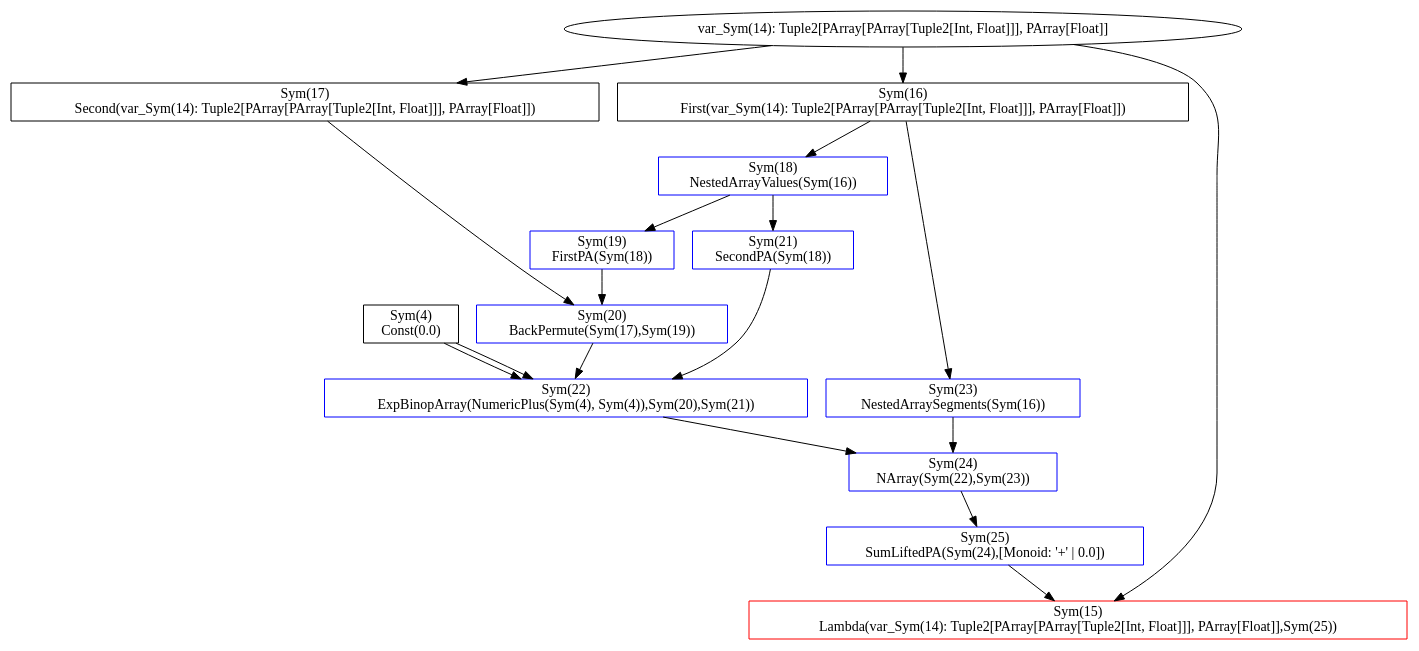
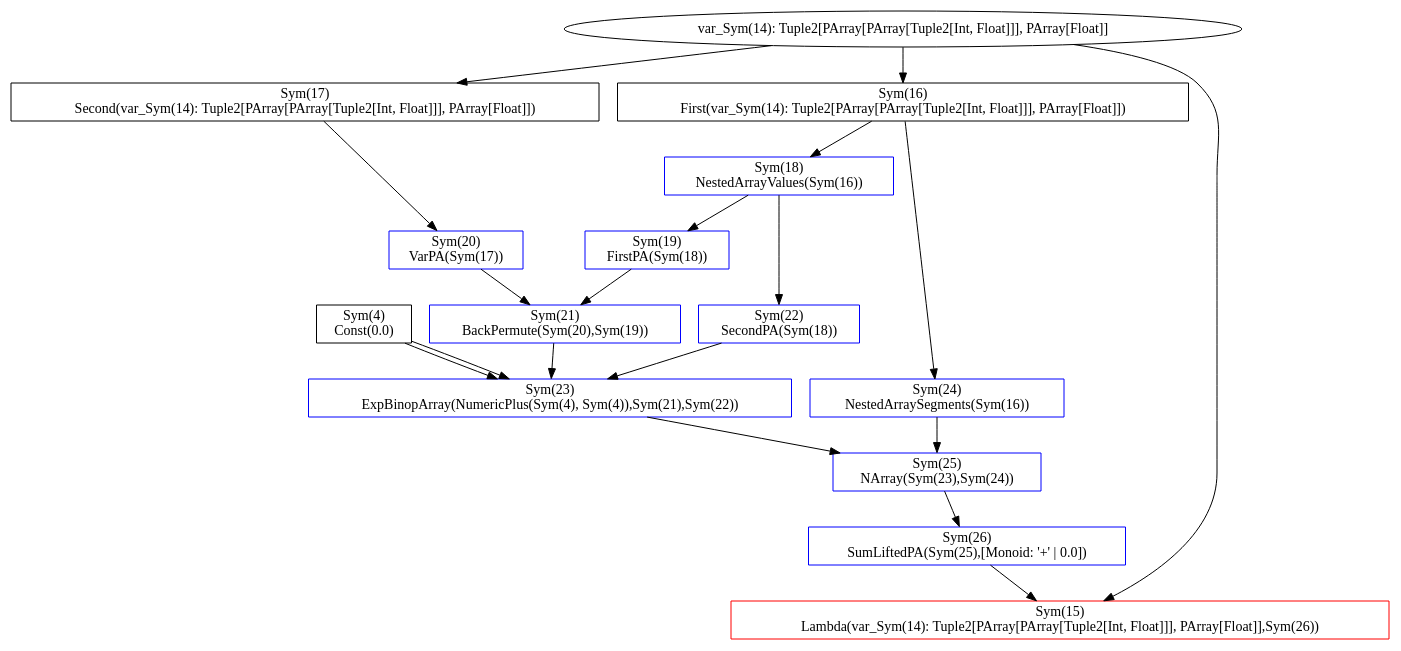
One commit to alexander-myltsev/Scalan-GPU changed the diagram in graphs/smvm.dot. Above: the diagram before and after it, drawn with Graphviz. The commit also changed 8 other files, not shown here.

```diff
--- a/graphs/smvm.dot
+++ b/graphs/smvm.dot
@@ -1,76 +1,82 @@
 digraph G {
 "Sym(4)" [
 label="Sym(4) \n Const(0.0)"
 shape=box
 ]
 "Sym(17)" [
 label="Sym(17) \n Second(var_Sym(14): Tuple2[PArray[PArray[Tuple2[Int, Float]]], PArray[Float]])"
 shape=box
 ]
 "var_Sym(14): Tuple2[PArray[PArray[Tuple2[Int, Float]]], PArray[Float]]" -> "Sym(17)"
+"Sym(20)" [
+label="Sym(20) \n VarPA(Sym(17))"
+shape=box
+color=blue
+]
+"Sym(17)" -> "Sym(20)"
 "Sym(16)" [
 label="Sym(16) \n First(var_Sym(14): Tuple2[PArray[PArray[Tuple2[Int, Float]]], PArray[Float]])"
 shape=box
 ]
 "var_Sym(14): Tuple2[PArray[PArray[Tuple2[Int, Float]]], PArray[Float]]" -> "Sym(16)"
 "Sym(18)" [
 label="Sym(18) \n NestedArrayValues(Sym(16))"
 shape=box
 color=blue
 ]
 "Sym(16)" -> "Sym(18)"
 "Sym(19)" [
 label="Sym(19) \n FirstPA(Sym(18))"
 shape=box
 color=blue
 ]
 "Sym(18)" -> "Sym(19)"
-"Sym(20)" [
-label="Sym(20) \n BackPermute(Sym(17),Sym(19))"
+"Sym(21)" [
+label="Sym(21) \n BackPermute(Sym(20),Sym(19))"
 shape=box
 color=blue
 ]
-"Sym(17)" -> "Sym(20)"
-"Sym(19)" -> "Sym(20)"
-"Sym(21)" [
-label="Sym(21) \n SecondPA(Sym(18))"
+"Sym(20)" -> "Sym(21)"
+"Sym(19)" -> "Sym(21)"
+"Sym(22)" [
+label="Sym(22) \n SecondPA(Sym(18))"
 shape=box
 color=blue
 ]
-"Sym(18)" -> "Sym(21)"
-"Sym(22)" [
-label="Sym(22) \n ExpBinopArray(NumericPlus(Sym(4), Sym(4)),Sym(20),Sym(21))"
+"Sym(18)" -> "Sym(22)"
+"Sym(23)" [
+label="Sym(23) \n ExpBinopArray(NumericPlus(Sym(4), Sym(4)),Sym(21),Sym(22))"
 shape=box
 color=blue
 ]
-"Sym(4)" -> "Sym(22)"
-"Sym(4)" -> "Sym(22)"
-"Sym(20)" -> "Sym(22)"
-"Sym(21)" -> "Sym(22)"
-"Sym(23)" [
-label="Sym(23) \n NestedArraySegments(Sym(16))"
+"Sym(4)" -> "Sym(23)"
+"Sym(4)" -> "Sym(23)"
+"Sym(21)" -> "Sym(23)"
+"Sym(22)" -> "Sym(23)"
+"Sym(24)" [
+label="Sym(24) \n NestedArraySegments(Sym(16))"
 shape=box
 color=blue
 ]
-"Sym(16)" -> "Sym(23)"
-"Sym(24)" [
-label="Sym(24) \n NArray(Sym(22),Sym(23))"
+"Sym(16)" -> "Sym(24)"
+"Sym(25)" [
+label="Sym(25) \n NArray(Sym(23),Sym(24))"
 shape=box
 color=blue
 ]
-"Sym(22)" -> "Sym(24)"
-"Sym(23)" -> "Sym(24)"
-"Sym(25)" [
-label="Sym(25) \n SumLiftedPA(Sym(24),[Monoid: '+' | 0.0])"
+"Sym(23)" -> "Sym(25)"
+"Sym(24)" -> "Sym(25)"
+"Sym(26)" [
+label="Sym(26) \n SumLiftedPA(Sym(25),[Monoid: '+' | 0.0])"
 shape=box
 color=blue
 ]
-"Sym(24)" -> "Sym(25)"
+"Sym(25)" -> "Sym(26)"
 "Sym(15)" [
-label="Sym(15) \n Lambda(var_Sym(14): Tuple2[PArray[PArray[Tuple2[Int, Float]]], PArray[Float]],Sym(25))"
+label="Sym(15) \n Lambda(var_Sym(14): Tuple2[PArray[PArray[Tuple2[Int, Float]]], PArray[Float]],Sym(26))"
 shape=box
 color=red
 ]
 "var_Sym(14): Tuple2[PArray[PArray[Tuple2[Int, Float]]], PArray[Float]]" -> "Sym(15)"
-"Sym(25)" -> "Sym(15)"
+"Sym(26)" -> "Sym(15)"
 }
```
